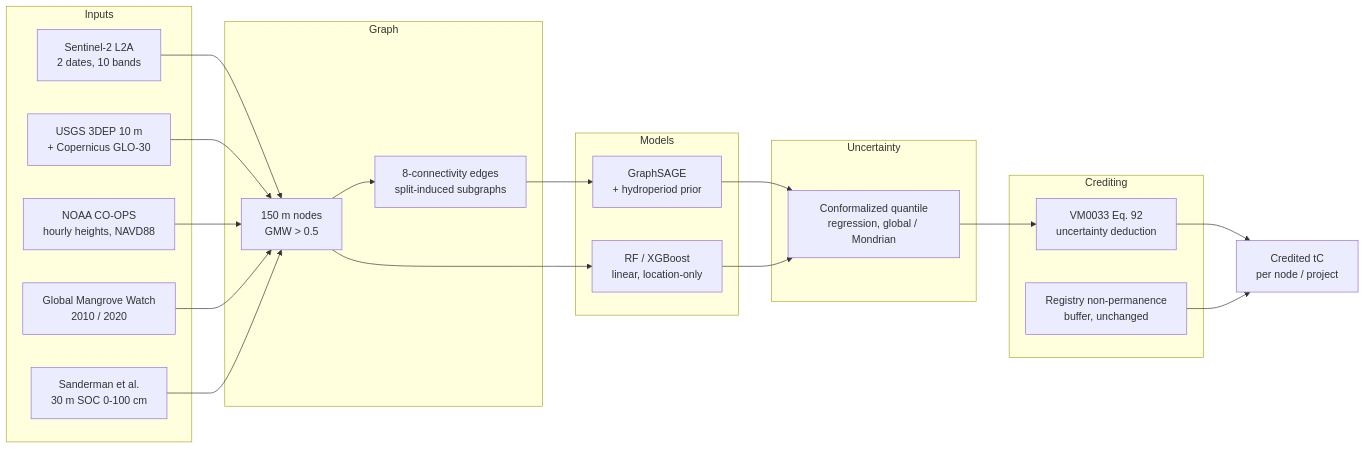
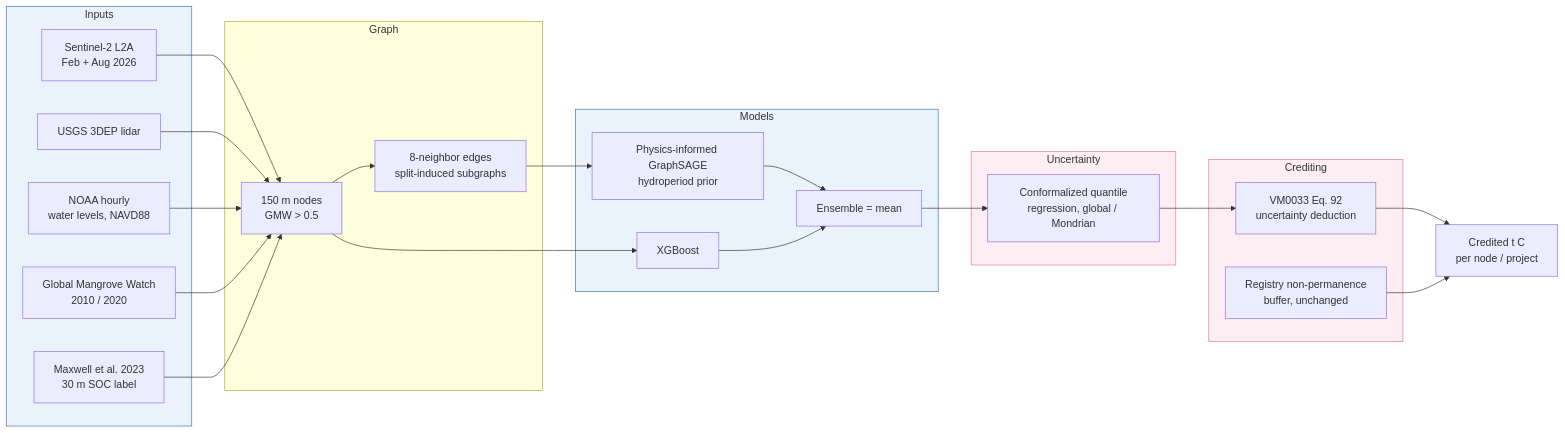
The first of 2 diagrams in README.md (Nahla-Nabil/PIGNN-UQ), drawn with Mermaid before and after one commit. The commit also changed other lines of this file and 13 other files, not shown here.

Commit message:
PIGNN-UQ title; references re-verified (Maxwell et al. label attribution, CCN 2025, Lou DOI, NeurIPS volumes, Plan Vivo replaced by VM0033 buffer clause); label-map interval check; shorter captions; README

````diff
--- a/README.md
+++ b/README.md
@@ -32,36 +49,39 @@
 ```mermaid
 flowchart LR
     subgraph Inputs
-        S2[Sentinel-2 L2A<br/>2 dates, 10 bands]
-        DEM[USGS 3DEP 10 m<br/>+ Copernicus GLO-30]
-        TIDE[NOAA CO-OPS<br/>hourly heights, NAVD88]
-        SOC[Sanderman et al.<br/>30 m SOC 0-100 cm]
+        S2[Sentinel-2 L2A<br/>Feb + Aug 2026]
+        DEM[USGS 3DEP lidar]
+        TIDE[NOAA hourly<br/>water levels, NAVD88]
+        SOC[Maxwell et al. 2023<br/>30 m SOC label]
         GMW[Global Mangrove Watch<br/>2010 / 2020]
     end
     subgraph Graph
         N[150 m nodes<br/>GMW > 0.5]
-        E[8-connectivity edges<br/>split-induced subgraphs]
+        E[8-neighbor edges<br/>split-induced subgraphs]
     end
     subgraph Models
-        GNN[GraphSAGE<br/>+ hydroperiod prior]
-        TAB[RF / XGBoost<br/>linear, location-only]
+        GNN[Physics-informed GraphSAGE<br/>hydroperiod prior]
+        XGB[XGBoost]
+        ENS[Ensemble = mean]
     end
     subgraph Uncertainty
         CQR[Conformalized quantile<br/>regression, global / Mondrian]
     end
     subgraph Crediting
         VM[VM0033 Eq. 92<br/>uncertainty deduction]
         BUF[Registry non-permanence<br/>buffer, unchanged]
     end
     S2 --> N
     DEM --> N
     TIDE --> N
     GMW --> N
     SOC --> N
-    N --> E --> GNN
-    N --> TAB
-    GNN --> CQR
-    TAB --> CQR
-    CQR --> VM --> CR[Credited tC<br/>per node / project]
+    N --> E --> GNN --> ENS
+    N --> XGB --> ENS
+    ENS --> CQR --> VM --> CR[Credited t C<br/>per node / project]
     BUF --> CR
+    style Inputs fill:#EAF3FC,stroke:#3B6FB6
+    style Models fill:#EAF3FC,stroke:#3B6FB6
+    style Uncertainty fill:#FDEEF4,stroke:#E8749A
+    style Crediting fill:#FDEEF4,stroke:#E8749A
 ```
````
